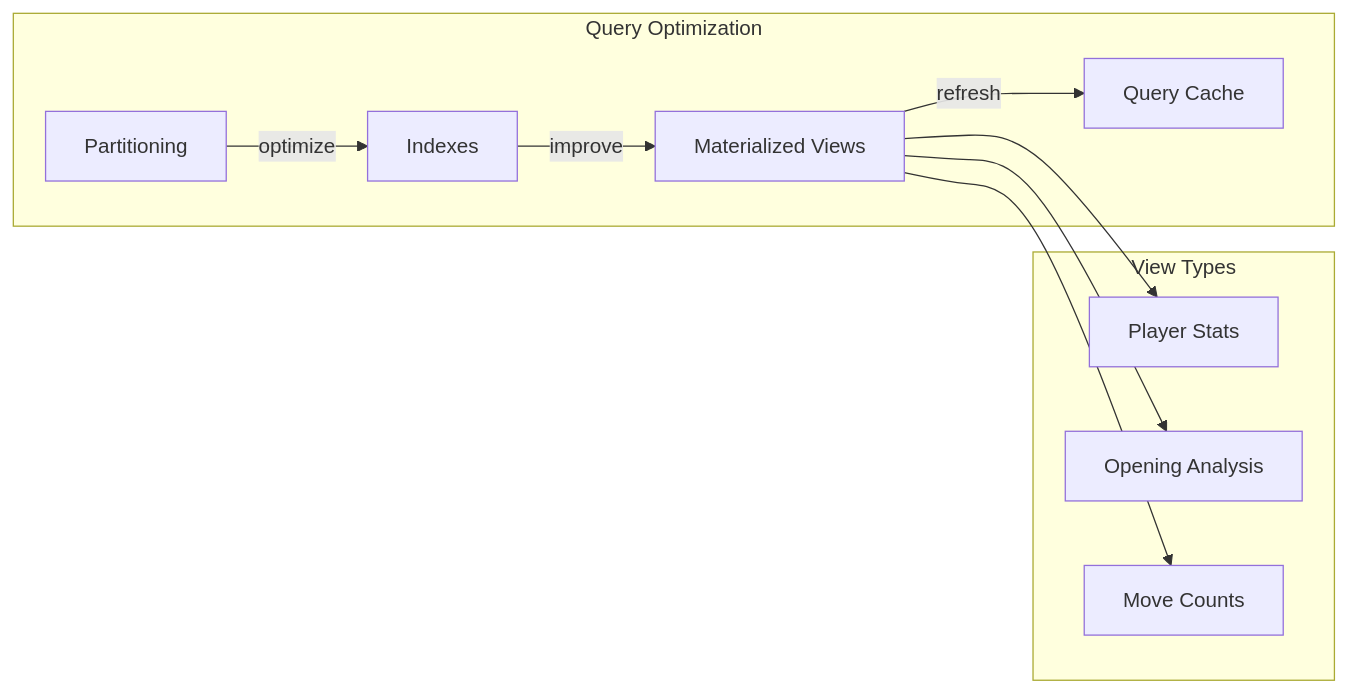
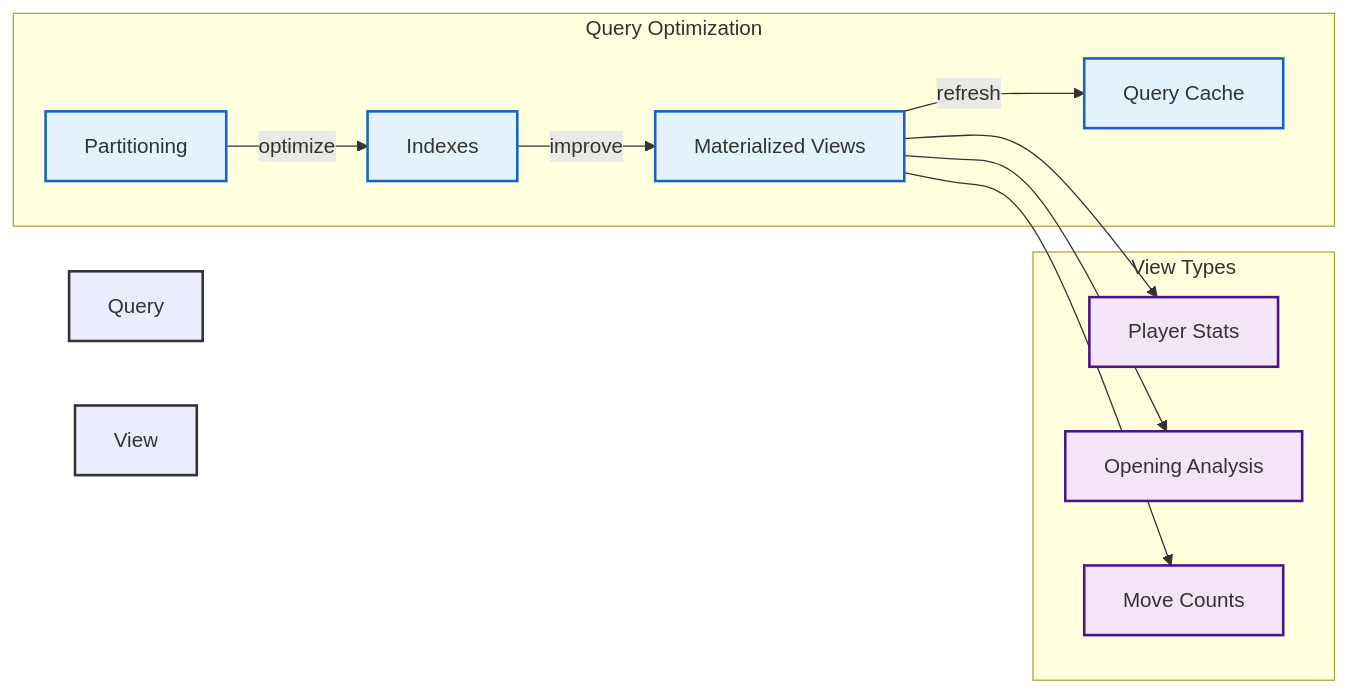
Before and after one commit to nessaee/chess-database: the second of 5 diagrams in docs/optimizations.md, drawn with Mermaid. The commit also changed other lines of this file and 3 other files, not shown here.

````diff
--- a/docs/optimizations.md
+++ b/docs/optimizations.md
@@ -68,23 +84,34 @@
-```mermaid
+<div class="mermaid">
 graph LR
     subgraph "Query Optimization"
         MV["Materialized Views"]
         IDX["Indexes"]
         PART["Partitioning"]
         CACHE["Query Cache"]
     end
     
     MV -->|refresh| CACHE
     IDX -->|improve| MV
     PART -->|optimize| IDX
     
     subgraph "View Types"
         PS["Player Stats"]
         OA["Opening Analysis"]
         MC["Move Counts"]
     end
     
     MV --> PS
     MV --> OA
     MV --> MC
-```
+    
+    %% Styling
+    classDef query fill:#e3f2fd,stroke:#1565c0,stroke-width:2px;
+    classDef view fill:#f3e5f5,stroke:#4a148c,stroke-width:2px;
+    
+    class MV,IDX,PART,CACHE query;
+    class PS,OA,MC view;
+    
+    %% Group Styling
+    style Query Optimization fill:#f5f5f5,stroke:#333,stroke-width:2px;
+    style View Types fill:#f5f5f5,stroke:#333,stroke-width:2px;
+</div>
````
